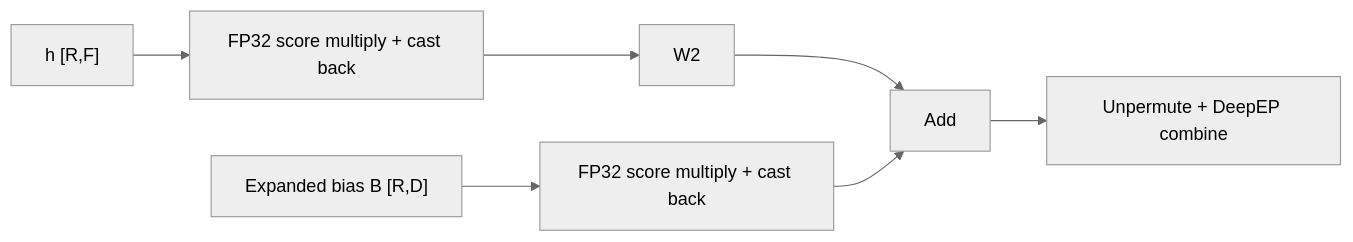
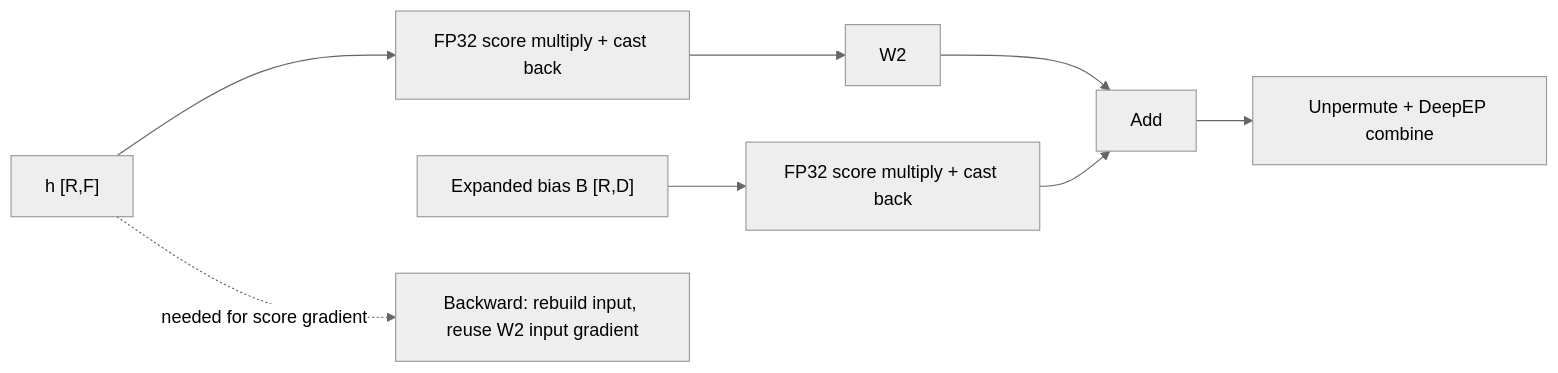
One commit to pytorch/torchtitan changed the second of 3 diagrams in torchtitan/models/common/moe/ROUTER_SCORE_ABSORPTION.md. Above: the diagram before and after it, drawn with Mermaid (neutral theme). The commit also changed other lines of this file and 2 other files, not shown here.

````diff
--- a/torchtitan/models/common/moe/ROUTER_SCORE_ABSORPTION.md
+++ b/torchtitan/models/common/moe/ROUTER_SCORE_ABSORPTION.md
@@ -24,8 +63,9 @@
 ```mermaid
 flowchart LR
     H["h [R,F]"] --> S["FP32 score multiply + cast back"] --> W["W2"]
     B["Expanded bias B [R,D]"] --> BS["FP32 score multiply + cast back"]
     W --> A["Add"]
     BS --> A
     A --> C["Unpermute + DeepEP combine"]
+    H -. "needed for score gradient" .-> G["Backward: rebuild input, reuse W2 input gradient"]
 ```
````
